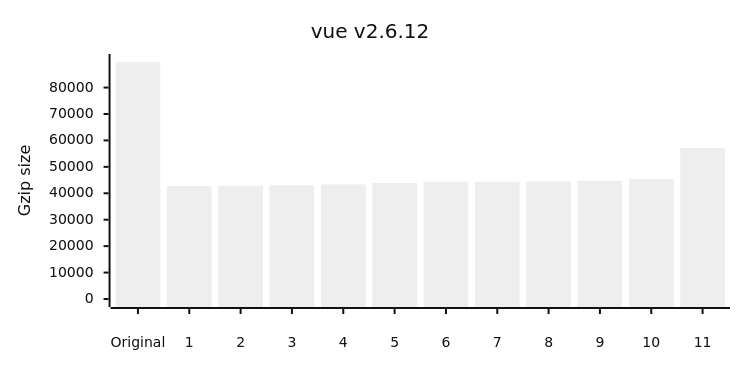
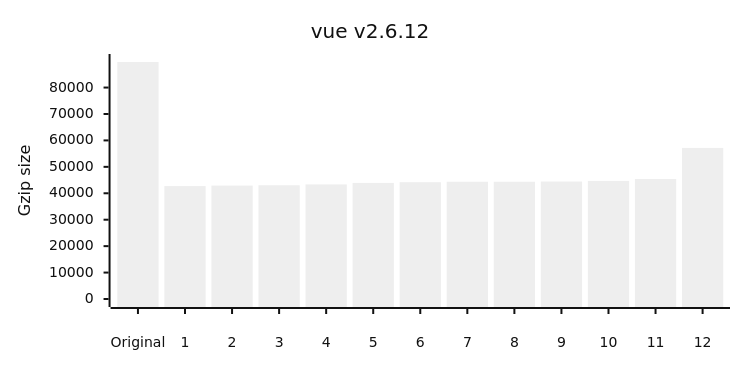
One commit to privatenumber/minification-benchmarks changed the fourth of 12 diagrams in README.md. Above: the diagram before and after it, drawn with Mermaid (neutral theme). The commit also changed other lines of this file and 1 other file, not shown here.

````diff
--- a/README.md
+++ b/README.md
@@ -197,17 +197,17 @@
 ```mermaid
 ---
 config:
     xyChart:
         width: 720
         height: 360
         xAxis:
             labelPadding: 20
         yAxis:
             labelPadding: 10
 ---
 xychart-beta
 	title "vue v2.6.12"
-	x-axis ["Original",1,2,3,4,5,6,7,8,9,10,11]
+	x-axis ["Original",1,2,3,4,5,6,7,8,9,10,11,12]
 	y-axis "Gzip size" 0 --> 89668
-	bar [89668,42727,42919,43036,43357,43925,44358,44368,44450,44679,45400,57169]
+	bar [89668,42727,42919,43036,43357,43925,44184,44358,44368,44450,44679,45400,57169]
 ```
````
